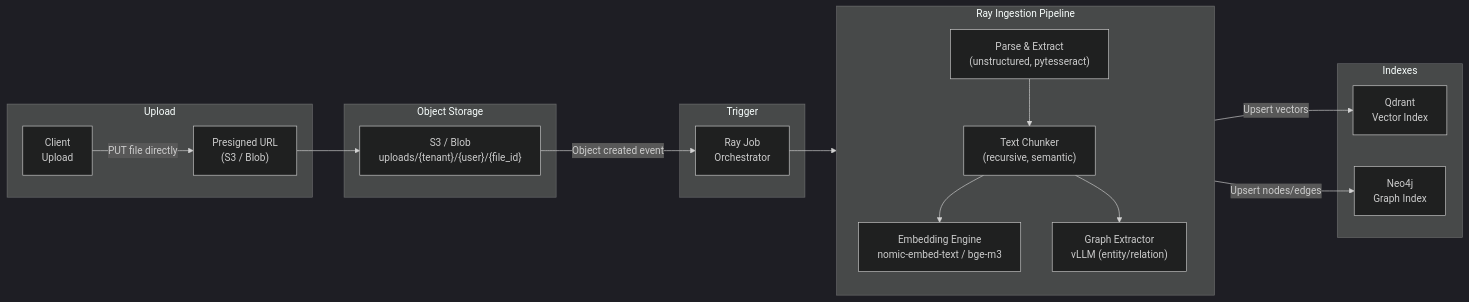
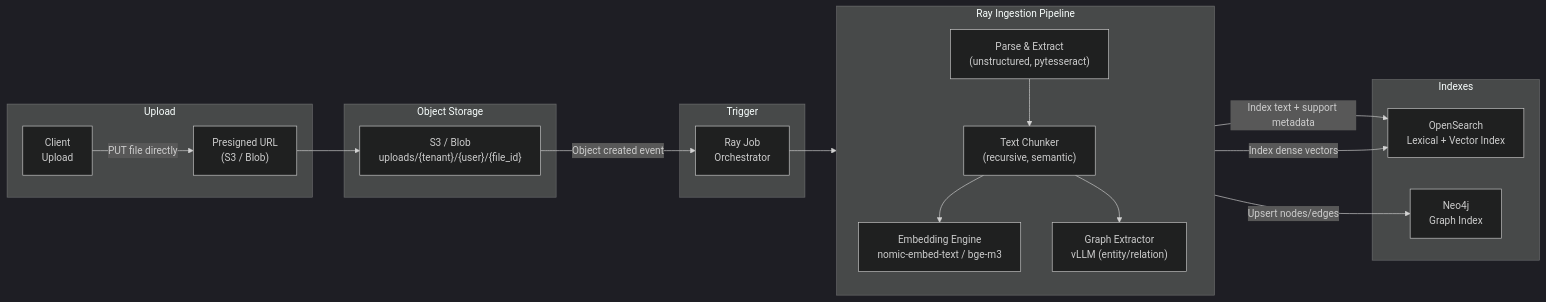
One commit to gpatwa/scalable-rag-pipeline changed the third of 8 diagrams in docs/architecture.md. Above: the diagram before and after it, drawn with Mermaid (dark theme). The commit also changed other lines of this file and 1 other file, not shown here.

Commit message:
docs: align architecture with OpenSearch search plane

````diff
--- a/docs/architecture.md
+++ b/docs/architecture.md
@@ -154,36 +164,37 @@
 ```mermaid
 flowchart LR
     subgraph Upload
         Client["Client\nUpload"]
         PSU["Presigned URL\n(S3 / Blob)"]
         Client -->|"PUT file directly"| PSU
     end
 
     subgraph Storage["Object Storage"]
         Bucket["S3 / Blob\nuploads/{tenant}/{user}/{file_id}"]
         PSU --> Bucket
     end
 
     subgraph Trigger
         Bucket -->|"Object created event"| RayJob
     end
 
     subgraph RayPipeline["Ray Ingestion Pipeline"]
         direction TB
         RayJob["Ray Job\nOrchestrator"]
         Parse["Parse & Extract\n(unstructured, pytesseract)"]
         Chunk["Text Chunker\n(recursive, semantic)"]
         EmbedI["Embedding Engine\nnomic-embed-text / bge-m3"]
         GraphEx["Graph Extractor\nvLLM (entity/relation)"]
 
         RayJob --> Parse --> Chunk
         Chunk --> EmbedI & GraphEx
     end
 
     subgraph Indexes
-        QdrantIdx["Qdrant\nVector Index"]
+        OpenSearchIdx["OpenSearch\nLexical + Vector Index"]
         Neo4jIdx["Neo4j\nGraph Index"]
-        EmbedI -->|"Upsert vectors"| QdrantIdx
+        Chunk -->|"Index text + support metadata"| OpenSearchIdx
+        EmbedI -->|"Index dense vectors"| OpenSearchIdx
         GraphEx -->|"Upsert nodes/edges"| Neo4jIdx
     end
 ```
````
